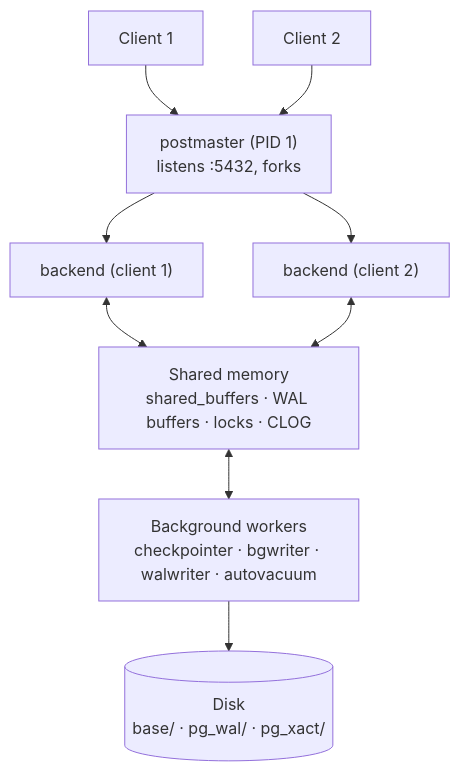
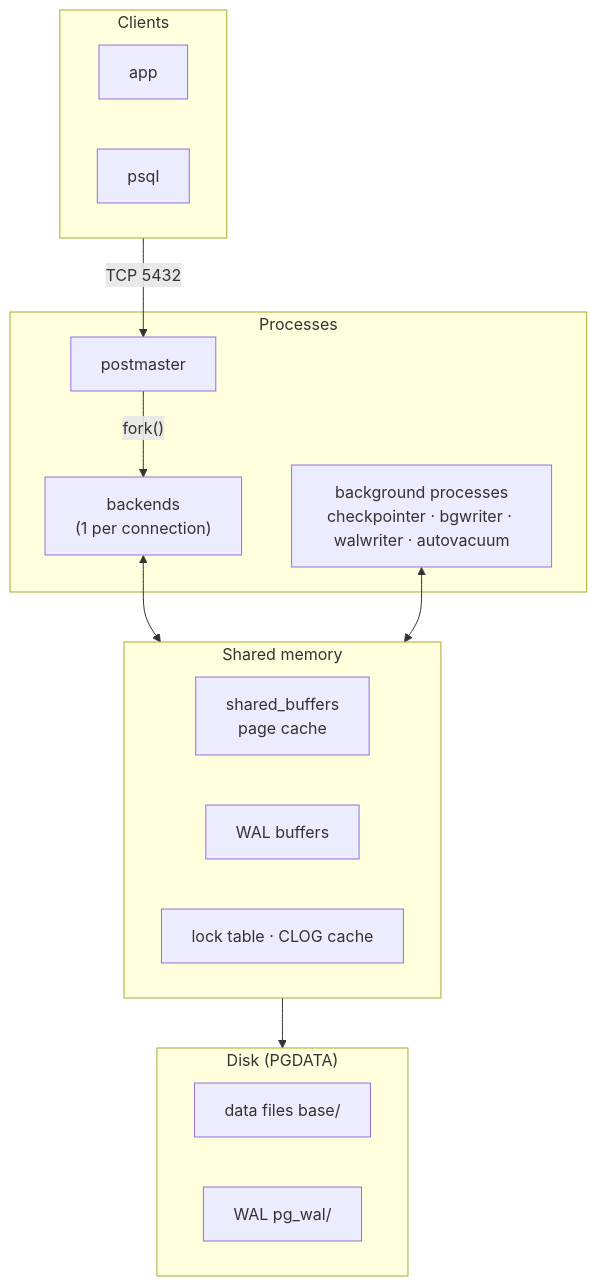
Before and after one commit to wesamkhateeb98-creator/postgresql-zero-to-hero: the first of 9 diagrams in Doc/00-introduction/03-architecture.md, drawn with Mermaid. The commit also changed other lines of this file and 33 other files, not shown here.

First line of the commit message:
Add PL/pgSQL phase, rework architecture/storage/CRUD docs

````diff
--- a/Doc/00-introduction/03-architecture.md
+++ b/Doc/00-introduction/03-architecture.md
@@ -5,9 +7,26 @@
 ```mermaid
 flowchart TB
-    C1["Client 1"] & C2["Client 2"] --> PM["postmaster (PID 1)<br/>listens :5432, forks"]
-    PM --> B1["backend (client 1)"]
-    PM --> B2["backend (client 2)"]
-    B1 & B2 <--> SM["Shared memory<br/>shared_buffers · WAL buffers · locks · CLOG"]
-    SM <--> BG["Background workers<br/>checkpointer · bgwriter · walwriter · autovacuum"]
-    BG --> D[("Disk<br/>base/ · pg_wal/ · pg_xact/")]
+    subgraph CL["Clients"]
+        A1["app"]
+        A2["psql"]
+    end
+    subgraph PR["Processes"]
+        PM["postmaster"]
+        BE["backends<br/>(1 per connection)"]
+        BG["background processes<br/>checkpointer · bgwriter · walwriter · autovacuum"]
+    end
+    subgraph SM["Shared memory"]
+        SB["shared_buffers<br/>page cache"]
+        WB["WAL buffers"]
+        LK["lock table · CLOG cache"]
+    end
+    subgraph DK["Disk (PGDATA)"]
+        DF["data files base/"]
+        WL["WAL pg_wal/"]
+    end
+    CL -->|"TCP 5432"| PM
+    PM -->|"fork()"| BE
+    BE <--> SM
+    BG <--> SM
+    SM --> DK
 ```
````
